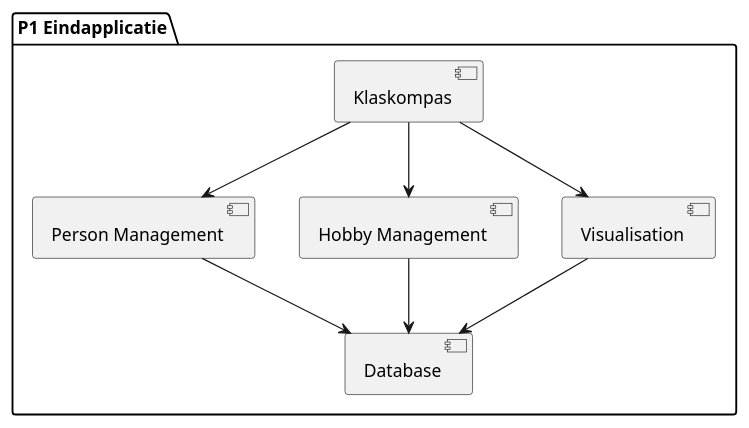
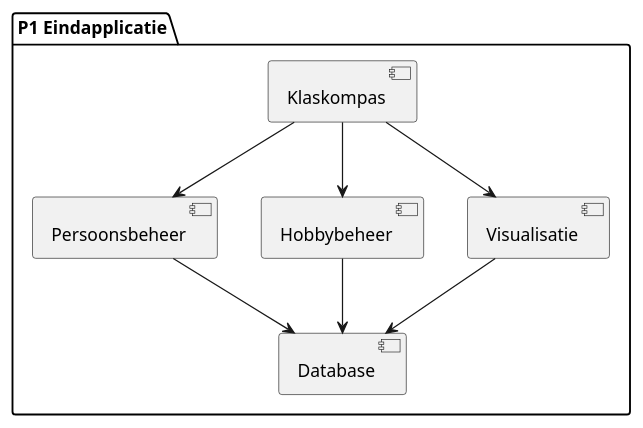
Before and after one commit to bartvanderwal/P1-Eindapplicatie: the diagram in documentatie/SDD/Component diagram.puml, drawn with PlantUML.

Commit message:
Vertaald naar Nederlands.

```diff
--- a/documentatie/SDD/Component diagram.puml
+++ b/documentatie/SDD/Component diagram.puml
@@ -2,10 +2,10 @@
 @startuml
 package "P1 Eindapplicatie" {
-  [Klaskompas] --> [Person Management]
-  [Klaskompas] --> [Hobby Management]
-  [Klaskompas] --> [Visualisation]
-  [Person Management] --> [Database]
-  [Hobby Management] --> [Database]
-  [Visualisation] --> [Database]
+  [Klaskompas] --> [Persoonsbeheer]
+  [Klaskompas] --> [Hobbybeheer]
+  [Klaskompas] --> [Visualisatie]
+  [Persoonsbeheer] --> [Database]
+  [Hobbybeheer] --> [Database]
+  [Visualisatie] --> [Database]
 }
 @enduml
```
